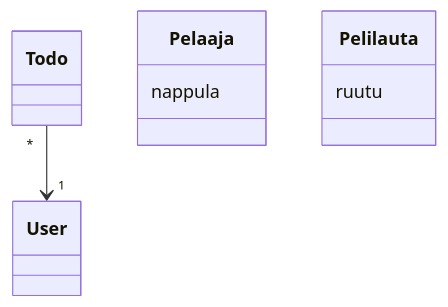
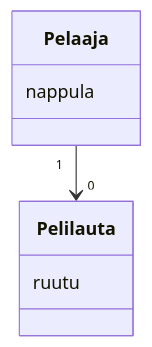
The diagram in laskarit/viikko3/monopoli1.md (Aaltonenn/ot-harjoitustyo), drawn with Mermaid before and after one commit.

````diff
--- a/laskarit/viikko3/monopoli1.md
+++ b/laskarit/viikko3/monopoli1.md
@@ -3,10 +3,10 @@
 ```mermaid
  classDiagram
-      Todo "*" --> "1" User
+      Pelaaja "1" --> "0" Pelilauta
       class Pelaaja{
           nappula
       }
       class Pelilauta{
           ruutu
       }
 ```
````
